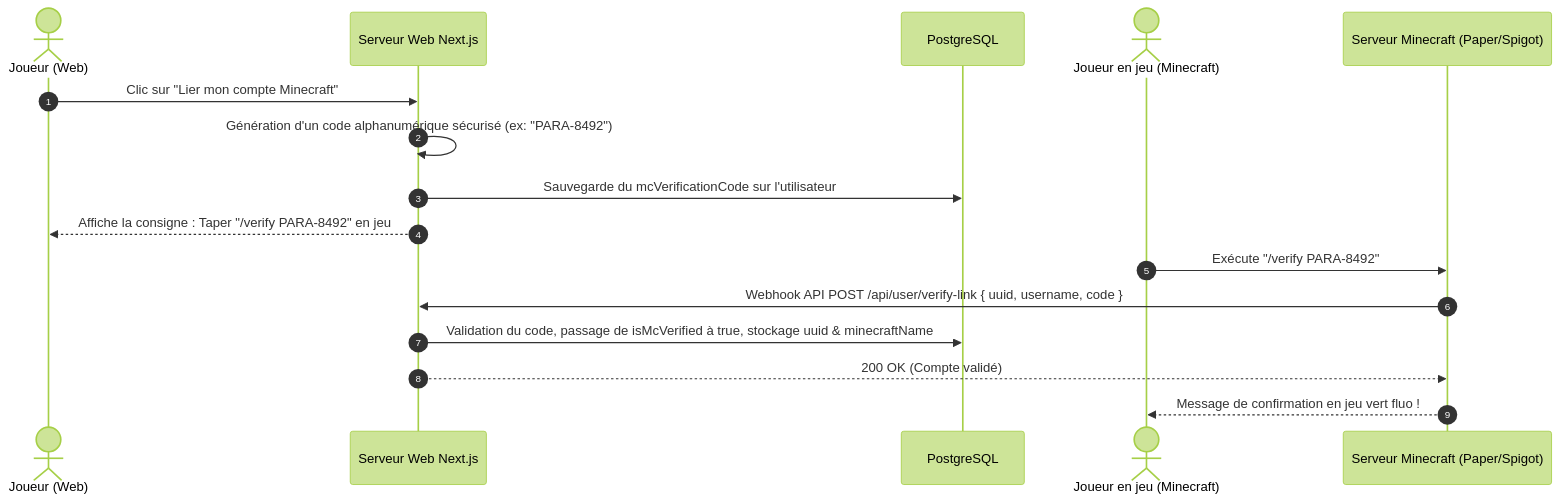
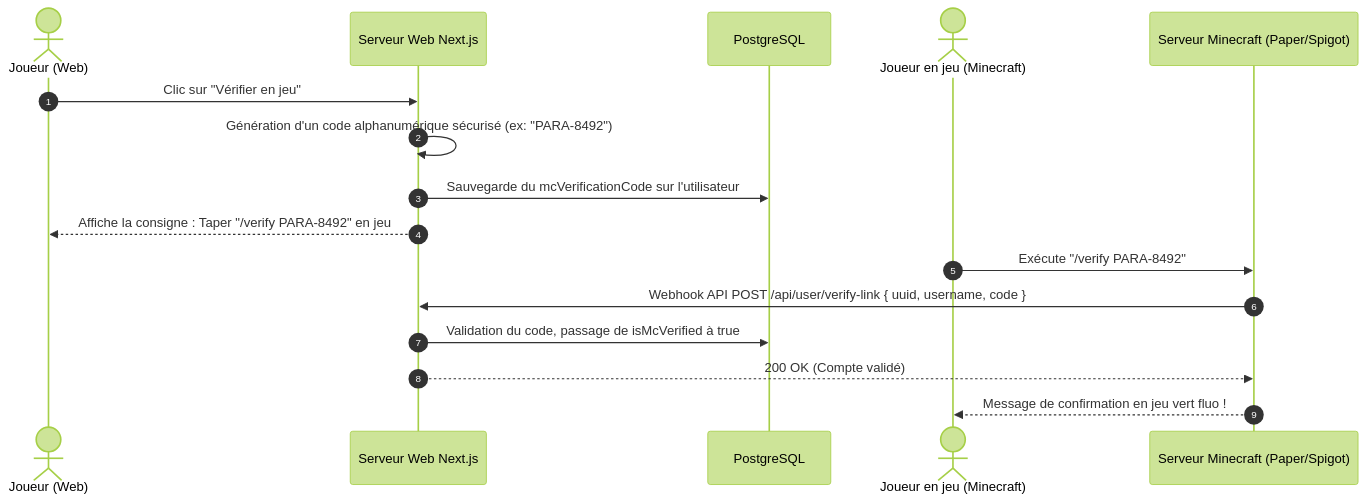
One commit to paranoiaSMP/Paranoia changed the diagram in docs/02 - Regles Metier/Securite-Mojang-HWID.md. Above: the diagram before and after it, drawn with Mermaid (forest theme). The commit also changed other lines of this file and 230 other files, not shown here.

````diff
--- a/docs/02 - Regles Metier/Securite-Mojang-HWID.md
+++ b/docs/02 - Regles Metier/Securite-Mojang-HWID.md
@@ -11,19 +21,19 @@
 ```mermaid
 sequenceDiagram
     autonumber
     actor Player as Joueur (Web)
     participant Web as Serveur Web Next.js
     participant DB as PostgreSQL
     actor MC as Joueur en jeu (Minecraft)
     participant Server as Serveur Minecraft (Paper/Spigot)
 
-    Player->>Web: Clic sur "Lier mon compte Minecraft"
+    Player->>Web: Clic sur "Vérifier en jeu"
     Web->>Web: Génération d'un code alphanumérique sécurisé (ex: "PARA-8492")
     Web->>DB: Sauvegarde du mcVerificationCode sur l'utilisateur
     Web-->>Player: Affiche la consigne : Taper "/verify PARA-8492" en jeu
     MC->>Server: Exécute "/verify PARA-8492"
     Server->>Web: Webhook API POST /api/user/verify-link { uuid, username, code }
-    Web->>DB: Validation du code, passage de isMcVerified à true, stockage uuid & minecraftName
+    Web->>DB: Validation du code, passage de isMcVerified à true
     Web-->>Server: 200 OK (Compte validé)
     Server-->>MC: Message de confirmation en jeu vert fluo !
 ```
````
